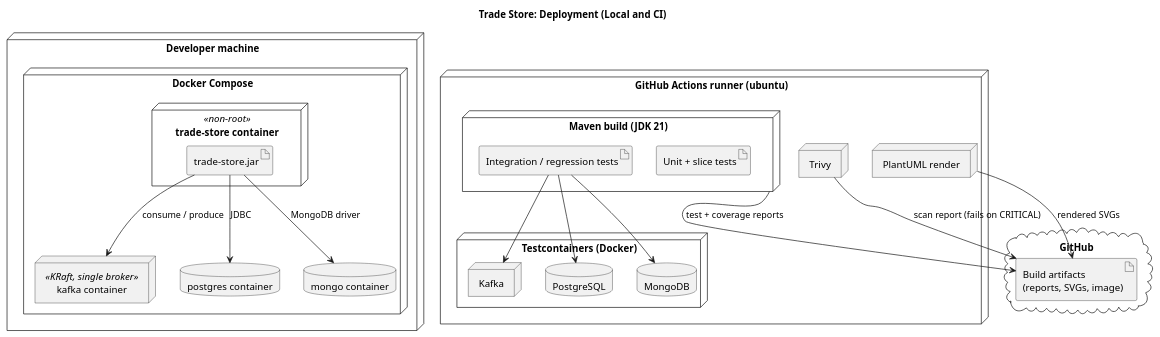
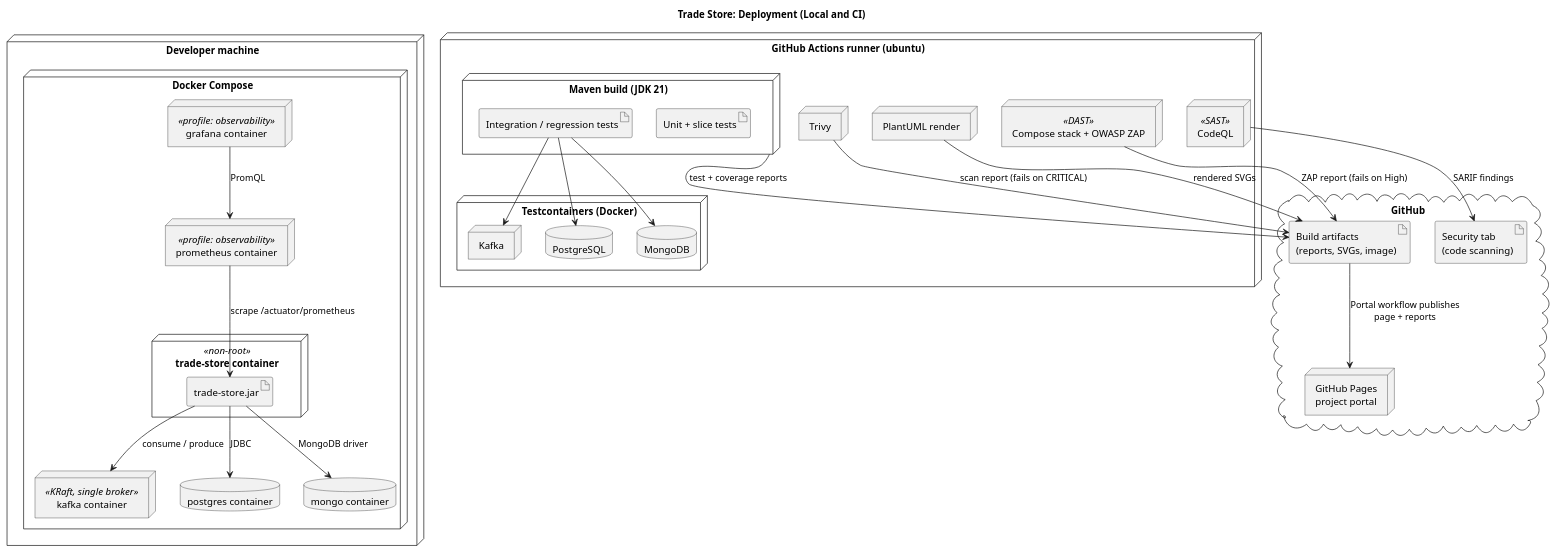
One commit to kuldipkumar/Trade-store changed the diagram in docs/diagrams/03-deployment.puml. Above: the diagram before and after it, drawn with PlantUML. The commit also changed 11 other files, not shown here.

First line of the commit message:
docs: A-47, US-604.2, US-609.1 review fixes: pipeline and deployment diagrams, ADR-009 to ADR-011, portal KPI and pipeline lane, demo count

```diff
--- a/docs/diagrams/03-deployment.puml
+++ b/docs/diagrams/03-deployment.puml
@@ -1,44 +1,55 @@
 @startuml 03-deployment
 title Trade Store: Deployment (Local and CI)
 
 node "Developer machine" as dev {
   node "Docker Compose" as compose {
     node "trade-store container" as appc <<non-root>> {
       artifact "trade-store.jar" as jar
     }
     node "kafka container" as kafkac <<KRaft, single broker>>
     database "postgres container" as pgc
     database "mongo container" as mongoc
+    node "prometheus container" as promc <<profile: observability>>
+    node "grafana container" as grafc <<profile: observability>>
   }
 }
 
 node "GitHub Actions runner (ubuntu)" as ci {
   node "Maven build (JDK 21)" as mvn {
     artifact "Unit + slice tests" as unit
     artifact "Integration / regression tests" as it
   }
   node "Testcontainers (Docker)" as tc {
     node "Kafka" as tck
     database "PostgreSQL" as tcp
     database "MongoDB" as tcm
   }
   node "Trivy" as trivy
   node "PlantUML render" as puml
+  node "Compose stack + OWASP ZAP" as zap <<DAST>>
+  node "CodeQL" as codeql <<SAST>>
 }
 
 cloud "GitHub" as gh {
   artifact "Build artifacts\n(reports, SVGs, image)" as artifacts
+  artifact "Security tab\n(code scanning)" as sectab
+  node "GitHub Pages\nproject portal" as pages
 }
 
 jar --> kafkac : consume / produce
 jar --> pgc : JDBC
 jar --> mongoc : MongoDB driver
 
 it --> tck
 it --> tcp
 it --> tcm
 mvn --> artifacts : test + coverage reports
 trivy --> artifacts : scan report (fails on CRITICAL)
 puml --> artifacts : rendered SVGs
+zap --> artifacts : ZAP report (fails on High)
+codeql --> sectab : SARIF findings
+artifacts --> pages : Portal workflow publishes\npage + reports
+promc --> jar : scrape /actuator/prometheus
+grafc --> promc : PromQL
 
 @enduml
```
